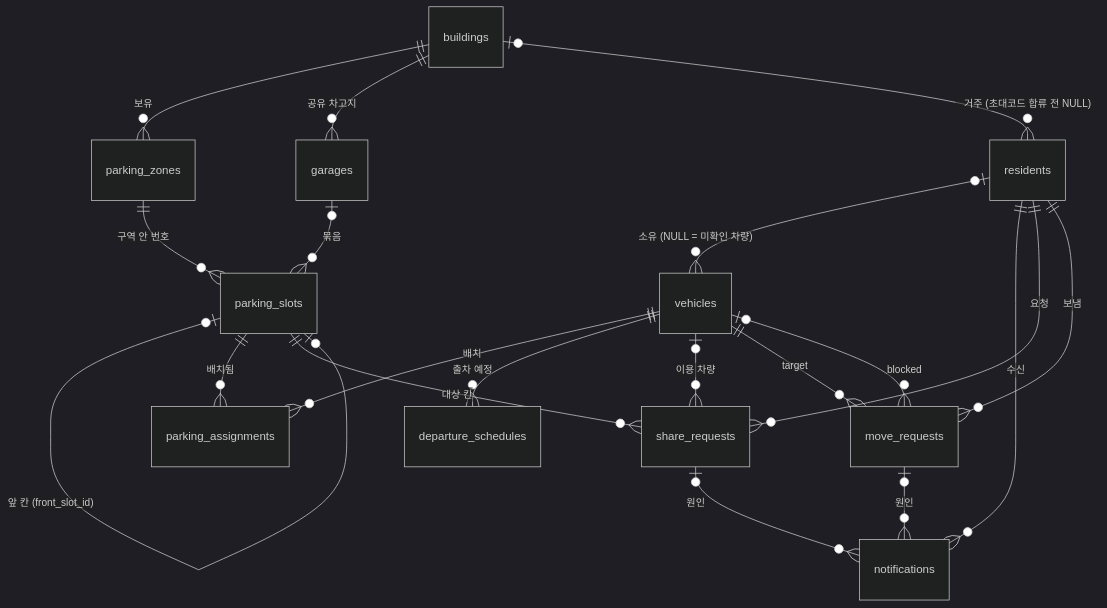
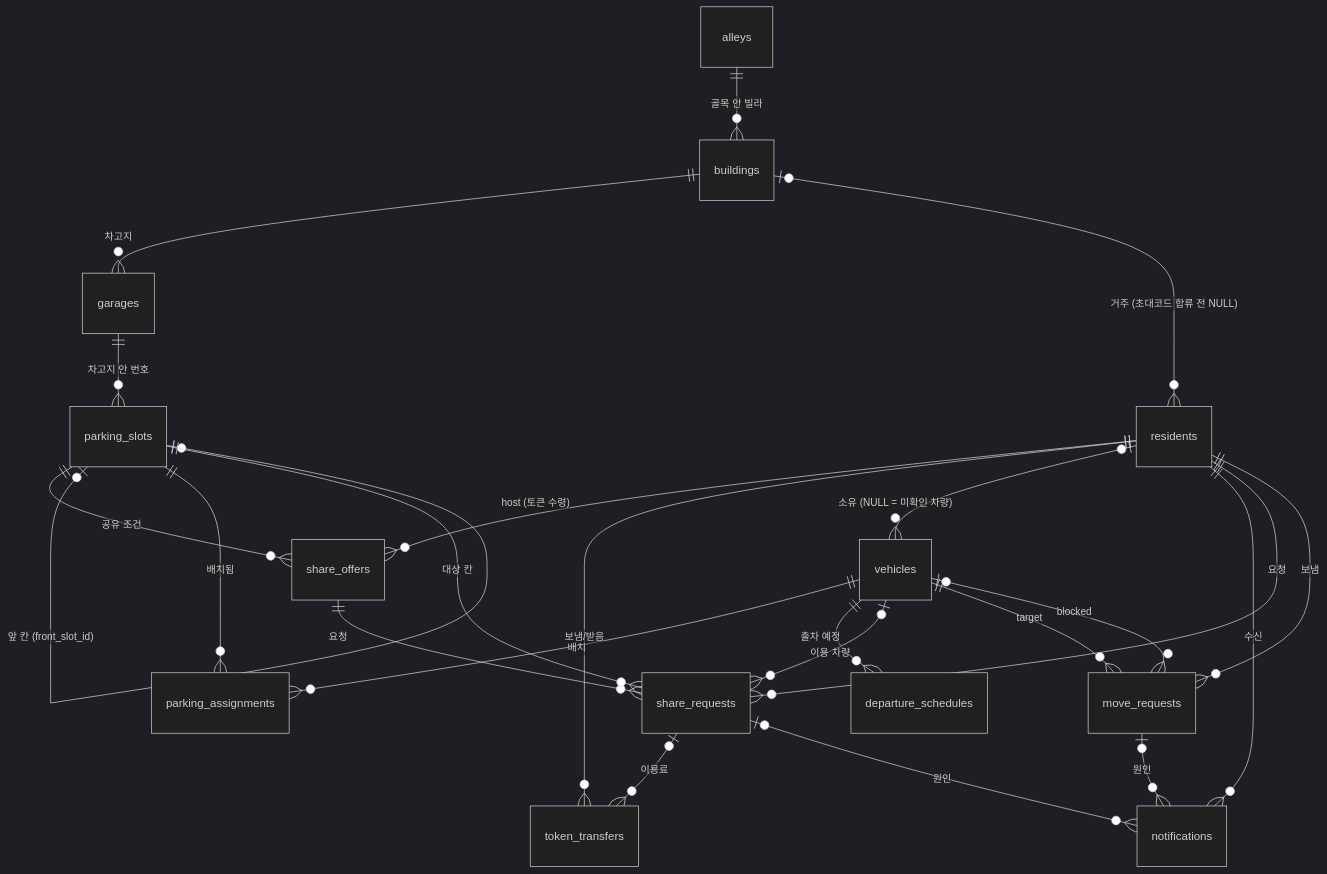
One commit to 2026-KW-HACKATHON/32_Wolgye-debugging-backend changed the diagram in docs/db-design-issues.md. Above: the diagram before and after it, drawn with Mermaid (dark theme). The commit also changed other lines of this file and 36 other files, not shown here.

````diff
--- a/docs/db-design-issues.md
+++ b/docs/db-design-issues.md
@@ -12,22 +12,26 @@
 ```mermaid
 erDiagram
-    buildings ||--o{ parking_zones : "보유"
-    buildings ||--o{ garages : "공유 차고지"
+    alleys ||--o{ buildings : "골목 안 빌라"
+    buildings ||--o{ garages : "차고지"
     buildings |o--o{ residents : "거주 (초대코드 합류 전 NULL)"
-    parking_zones ||--o{ parking_slots : "구역 안 번호"
-    garages |o--o{ parking_slots : "묶음"
+    garages ||--o{ parking_slots : "차고지 안 번호"
+    parking_slots ||--o{ share_offers : "공유 조건"
+    residents ||--o{ share_offers : "host (토큰 수령)"
+    share_offers ||--o{ share_requests : "요청"
+    residents ||--o{ token_transfers : "보냄/받음"
+    share_requests |o--o{ token_transfers : "이용료"
     parking_slots |o--o| parking_slots : "앞 칸 (front_slot_id)"
     residents |o--o{ vehicles : "소유 (NULL = 미확인 차량)"
     residents ||--o{ notifications : "수신"
     residents ||--o{ share_requests : "요청"
     residents ||--o{ move_requests : "보냄"
     parking_slots ||--o{ parking_assignments : "배치됨"
     parking_slots ||--o{ share_requests : "대상 칸"
     vehicles ||--o{ parking_assignments : "배치"
     vehicles ||--o{ departure_schedules : "출차 예정"
     vehicles |o--o{ share_requests : "이용 차량"
     vehicles ||--o{ move_requests : "target"
     vehicles |o--o{ move_requests : "blocked"
     share_requests |o--o{ notifications : "원인"
     move_requests |o--o{ notifications : "원인"
 ```
````
